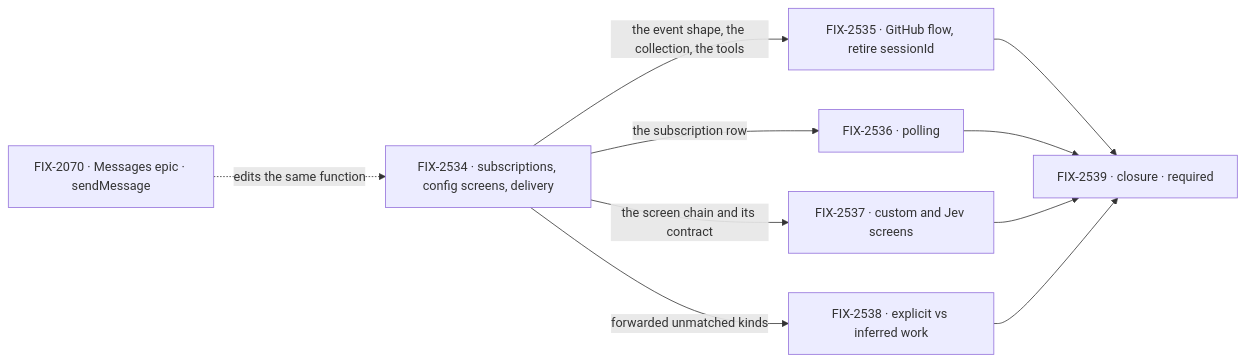
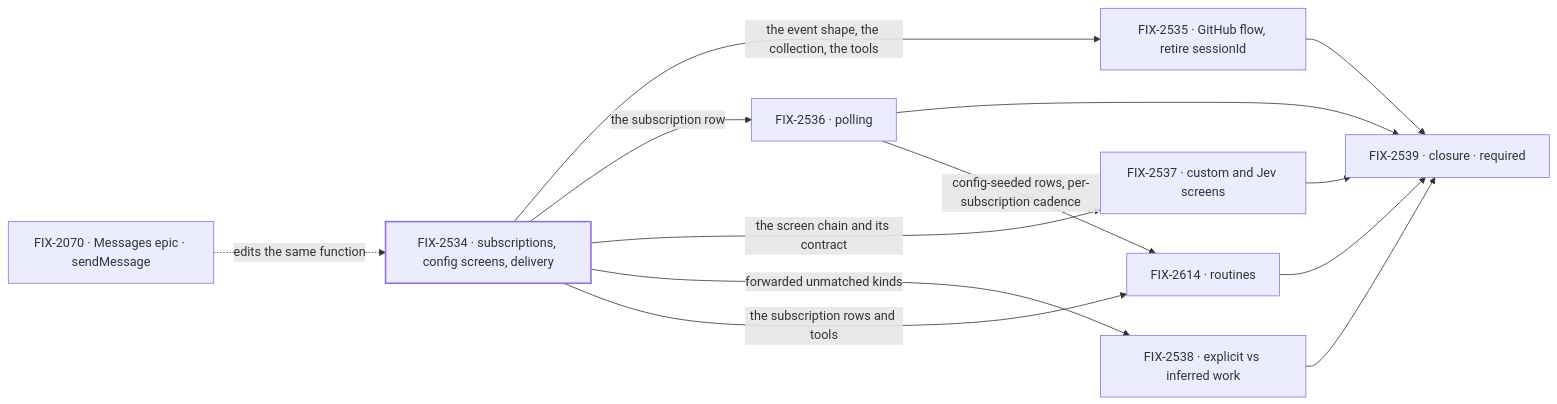
The third of 3 diagrams in specs/epics/FIX-2471/SPEC.md (fixpoint-labs/flow-state-dev), drawn with Mermaid before and after one commit. The commit also changed other lines of this file and 4 other files, not shown here.

First line of the commit message:
spec(epic): FIX-2471 amend for routines (FIX-2614) and config-seeded polling

````diff
--- a/specs/epics/FIX-2471/SPEC.md
+++ b/specs/epics/FIX-2471/SPEC.md
@@ -96,12 +100,17 @@
 ```mermaid
 flowchart LR
   M["FIX-2070 · Messages epic · sendMessage"] -.->|"edits the same function"| A
   A["FIX-2534 · subscriptions, config screens, delivery"] -->|"the event shape, the collection, the tools"| B["FIX-2535 · GitHub flow, retire sessionId"]
   A -->|"the subscription row"| C["FIX-2536 · polling"]
   A -->|"the screen chain and its contract"| D["FIX-2537 · custom and Jev screens"]
   A -->|"forwarded unmatched kinds"| E["FIX-2538 · explicit vs inferred work"]
   B --> P["FIX-2539 · closure · required"]
   C --> P
   D --> P
   E --> P
+  A -->|"the subscription rows and tools"| R["FIX-2614 · routines"]
+  C -->|"config-seeded rows, per-subscription cadence"| R
+  R --> P
+  classDef done stroke-width:2px
+  class A done
 ```
````
